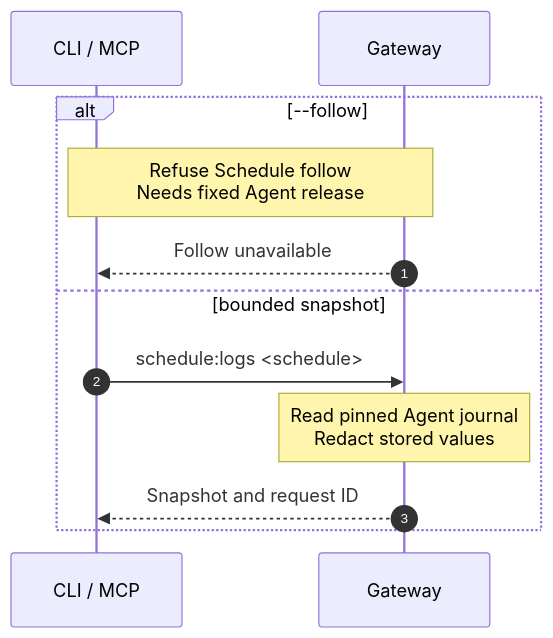
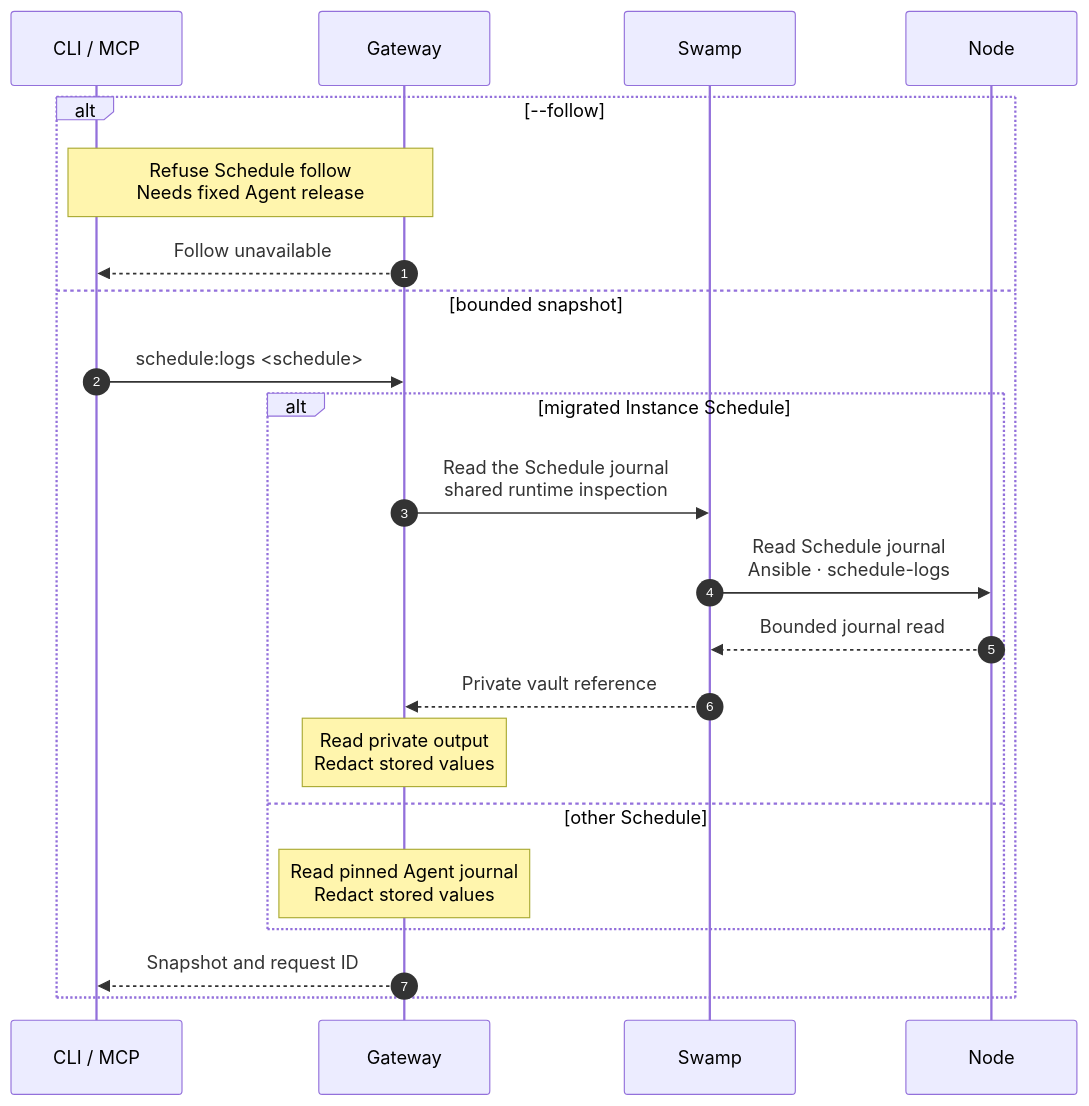
The diagram in docs/cli/schedule/logs.mmd (hardimpactdev/orbit), drawn with Mermaid before and after one commit. The commit also changed 33 other files, not shown here.

```diff
--- a/docs/cli/schedule/logs.mmd
+++ b/docs/cli/schedule/logs.mmd
@@ -1,15 +1,25 @@
 sequenceDiagram
   %% status: draft
   %% command: schedule:logs
   %% kind: schedule.logs
   autonumber
   participant CLI as CLI / MCP
   participant GW as Gateway
+  participant SW as Swamp
+  participant N as Node
   alt --follow
     Note over CLI,GW: Refuse Schedule follow<br/>Needs fixed Agent release
     GW-->>CLI: Follow unavailable
   else bounded snapshot
     CLI->>GW: schedule:logs <schedule>
-    Note over GW: Read pinned Agent journal<br/>Redact stored values
+    alt migrated Instance Schedule
+      GW->>SW: Read the Schedule journal<br/>shared runtime inspection
+      SW->>N: Read Schedule journal<br/>Ansible · schedule-logs
+      N-->>SW: Bounded journal read
+      SW-->>GW: Private vault reference
+      Note over GW: Read private output<br/>Redact stored values
+    else other Schedule
+      Note over GW: Read pinned Agent journal<br/>Redact stored values
+    end
     GW-->>CLI: Snapshot and request ID
   end
```
